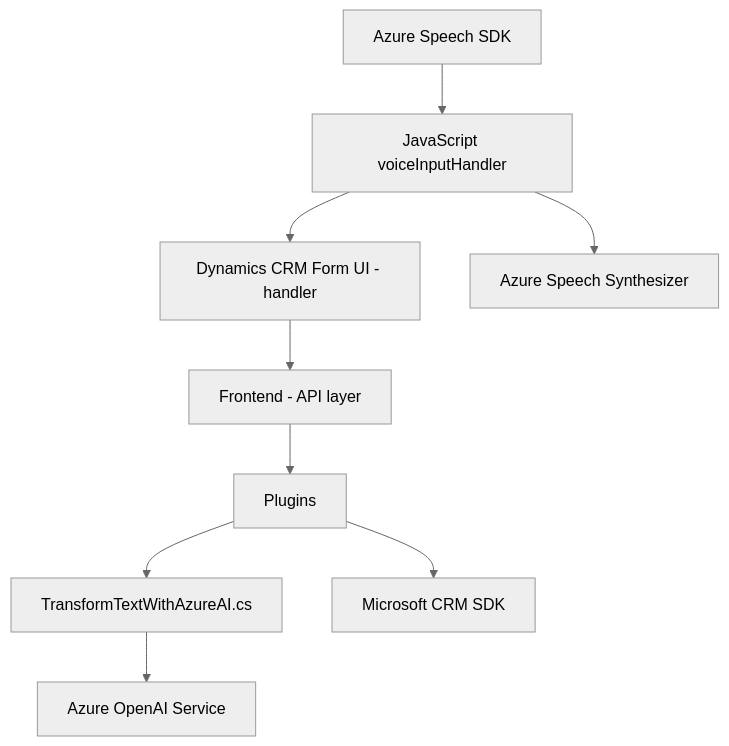
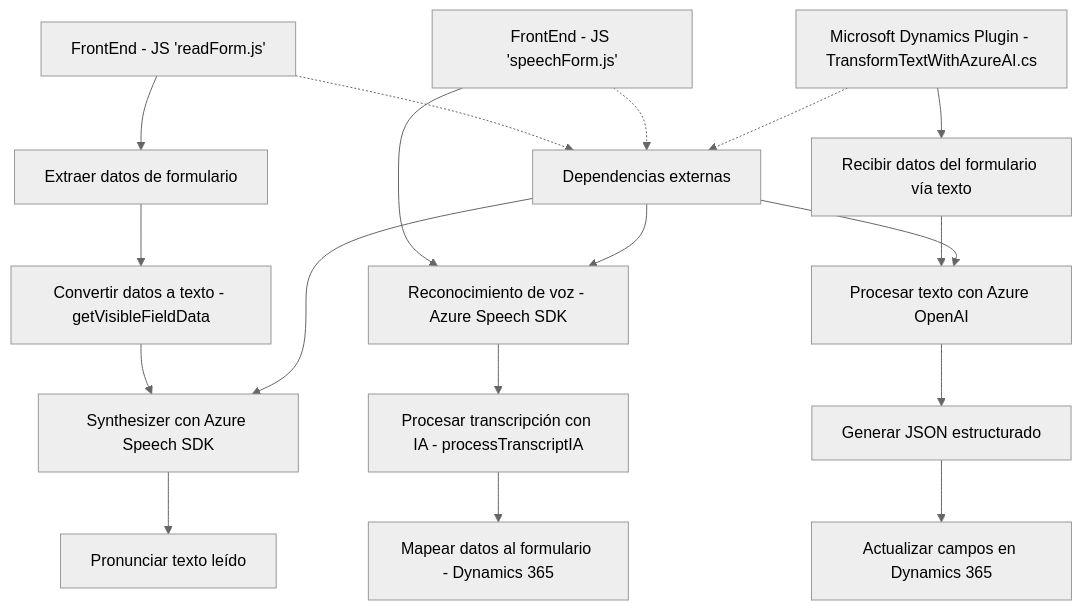
One commit to blopezdm/NETCORE_BILBAO2025 changed the diagram in README.md. Above: the diagram before and after it, drawn with Mermaid (neutral theme). The commit also changed other lines of this file, not shown here.

Commit message:
Actualizar análisis global de la solución con IA

````diff
--- a/README.md
+++ b/README.md
@@ -29,11 +49,23 @@
 ```mermaid
 graph TD
-    A["Azure Speech SDK"] --> B["JavaScript voiceInputHandler"]
-    B["JavaScript voiceInputHandler"] --> C["Dynamics CRM Form UI - handler"]
-    C["Dynamics CRM Form UI - handler"] --> D["Frontend - API layer"]
-    B["JavaScript voiceInputHandler"] --> E["Azure Speech Synthesizer"]
-    D["Frontend - API layer"] --> F["Plugins"]
-    F["Plugins"] --> G["TransformTextWithAzureAI.cs"]
-    G["TransformTextWithAzureAI.cs"] --> H["Azure OpenAI Service"]
-    F["Plugins"] --> I["Microsoft CRM SDK"]
+    A["FrontEnd - JS 'readForm.js'"] --> B["Extraer datos de formulario"]
+    B --> C["Convertir datos a texto - getVisibleFieldData"]
+    C --> D["Synthesizer con Azure Speech SDK"]
+    D --> E["Pronunciar texto leído"]
+
+    F["FrontEnd - JS 'speechForm.js'"] --> G["Reconocimiento de voz - Azure Speech SDK"]
+    G --> H["Procesar transcripción con IA - processTranscriptIA"]
+    H --> I["Mapear datos al formulario - Dynamics 365"]
+
+    J["Microsoft Dynamics Plugin - TransformTextWithAzureAI.cs"] --> K["Recibir datos del formulario vía texto"]
+    K --> L["Procesar texto con Azure OpenAI"]
+    L --> M["Generar JSON estructurado"]
+    M --> N["Actualizar campos en Dynamics 365"]
+
+    A -.-> Z["Dependencias externas"]
+    F -.-> Z
+    J -.-> Z
+    Z["Dependencias externas"] --> D
+    Z --> G
+    Z --> L
 ```
````
